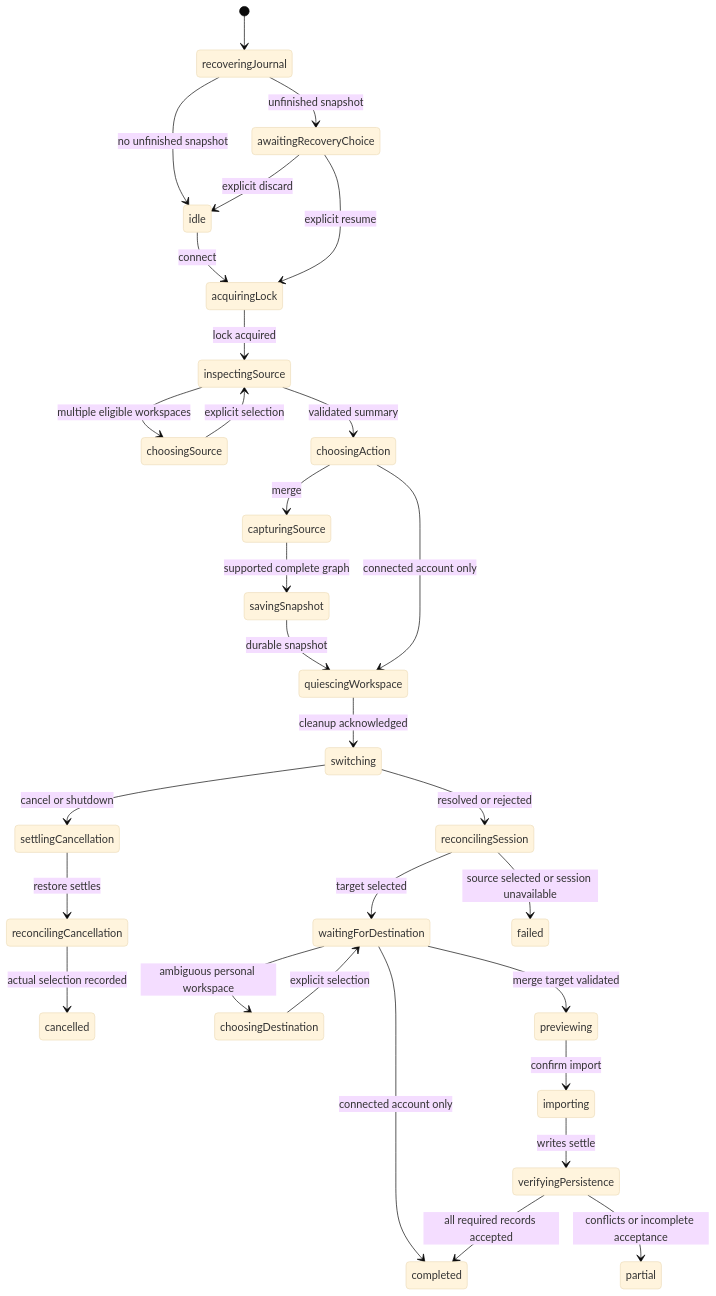
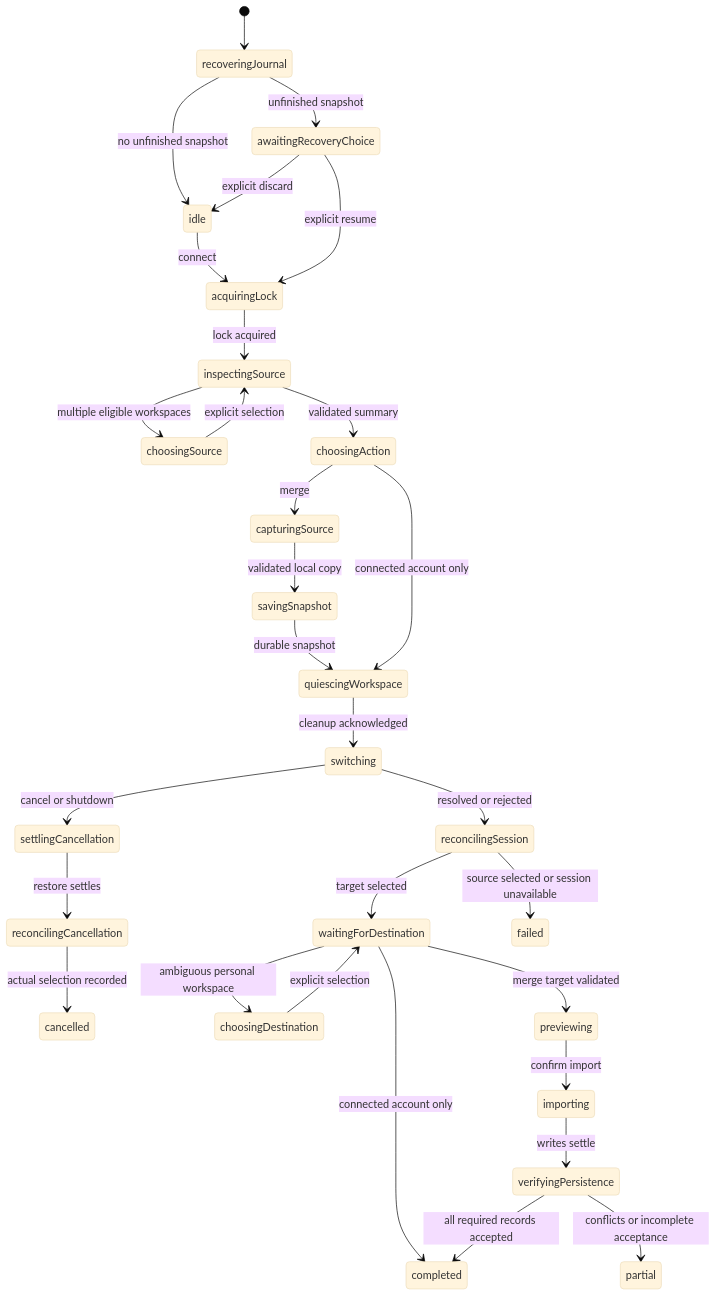
Before and after one commit to delightful-labs/delightful-finances: the diagram in specs/003-account-data-merge/lifecycle.md, drawn with Mermaid (base theme). The commit also changed other lines of this file and 9 other files, not shown here.

````diff
--- a/specs/003-account-data-merge/lifecycle.md
+++ b/specs/003-account-data-merge/lifecycle.md
@@ -63,32 +63,32 @@
 ```mermaid
 stateDiagram-v2
     [*] --> recoveringJournal
     recoveringJournal --> awaitingRecoveryChoice: unfinished snapshot
     recoveringJournal --> idle: no unfinished snapshot
     idle --> acquiringLock: connect
     acquiringLock --> inspectingSource: lock acquired
     inspectingSource --> choosingSource: multiple eligible workspaces
     choosingSource --> inspectingSource: explicit selection
     inspectingSource --> choosingAction: validated summary
     choosingAction --> capturingSource: merge
-    capturingSource --> savingSnapshot: supported complete graph
+    capturingSource --> savingSnapshot: validated local copy
     savingSnapshot --> quiescingWorkspace: durable snapshot
     choosingAction --> quiescingWorkspace: connected account only
     quiescingWorkspace --> switching: cleanup acknowledged
     switching --> reconcilingSession: resolved or rejected
     switching --> settlingCancellation: cancel or shutdown
     settlingCancellation --> reconcilingCancellation: restore settles
     reconcilingCancellation --> cancelled: actual selection recorded
     reconcilingSession --> waitingForDestination: target selected
     reconcilingSession --> failed: source selected or session unavailable
     waitingForDestination --> choosingDestination: ambiguous personal workspace
     choosingDestination --> waitingForDestination: explicit selection
     waitingForDestination --> previewing: merge target validated
     waitingForDestination --> completed: connected account only
     previewing --> importing: confirm import
     importing --> verifyingPersistence: writes settle
     verifyingPersistence --> completed: all required records accepted
     verifyingPersistence --> partial: conflicts or incomplete acceptance
     awaitingRecoveryChoice --> acquiringLock: explicit resume
     awaitingRecoveryChoice --> idle: explicit discard
 ```
````
